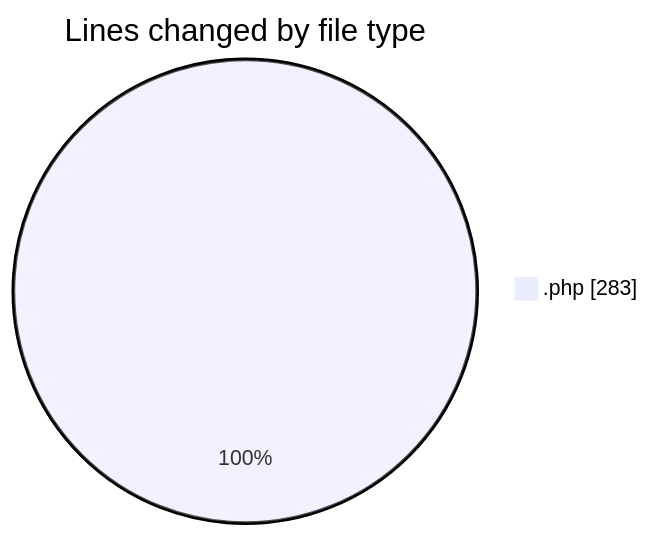
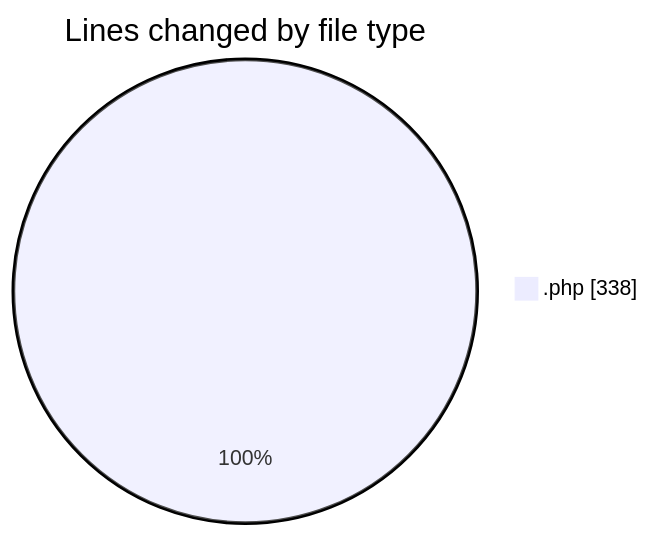
The first of 2 diagrams in 2025-10-09/untitled__workspace_/README.md (debugP/code-tracking), drawn with Mermaid before and after one commit. The commit also changed other lines of this file and 1 other file, not shown here.

````diff
--- a/2025-10-09/untitled__workspace_/README.md
+++ b/2025-10-09/untitled__workspace_/README.md
@@ -20,5 +20,5 @@
 ```mermaid
 pie showData
 title Lines changed by file type
-".php" : 283
+".php" : 338
 ```
````
